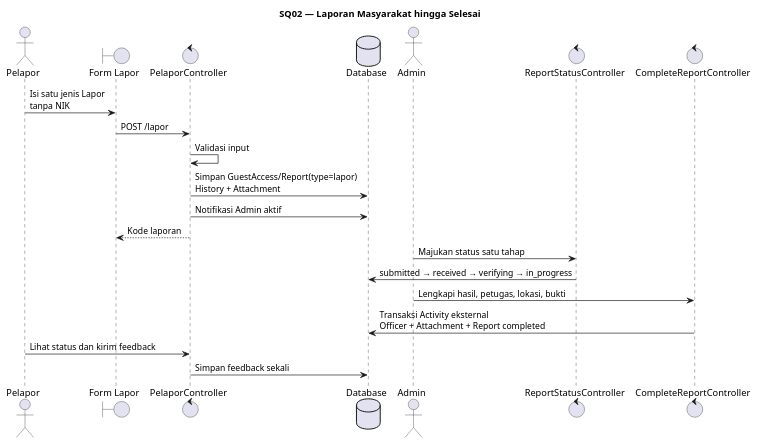
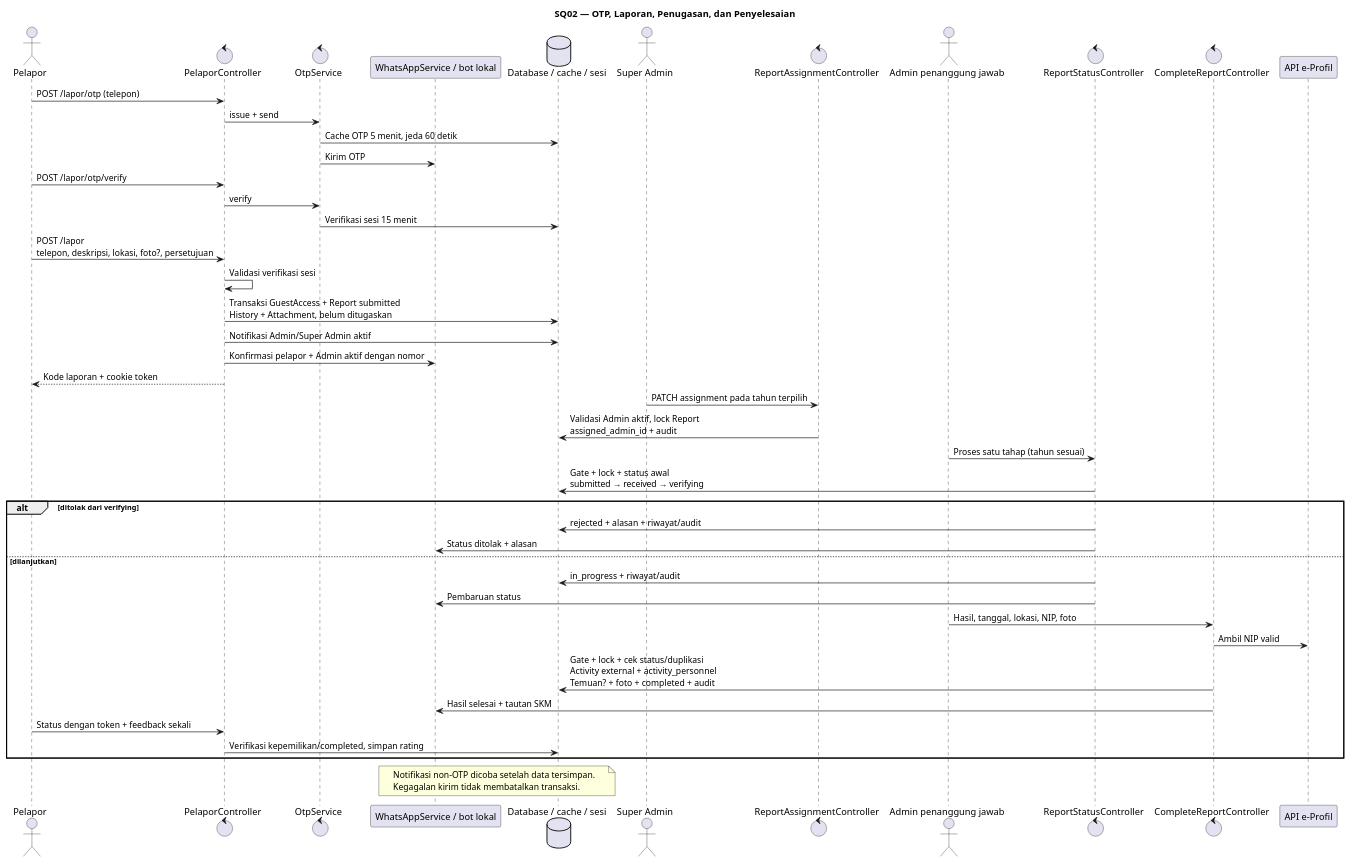
The second of 3 diagrams in docs/SIPRAJA-sequence.puml (Samuel-smr/Satpolpp), drawn with PlantUML before and after one commit. The commit also changed other lines of this file and 17 other files, not shown here.

Commit message:
Perbarui dokumentasi dan diagram SIPRAJA sesuai sistem terkini

```diff
--- a/docs/SIPRAJA-sequence.puml
+++ b/docs/SIPRAJA-sequence.puml
@@ -25,24 +25,48 @@
 @startuml
-title SQ02 — Laporan Masyarakat hingga Selesai
+title SQ02 — OTP, Laporan, Penugasan, dan Penyelesaian
 actor Pelapor
-boundary "Form Lapor" as UI
 control PelaporController as PC
-database Database as DB
-actor Admin
+control OtpService as OTP
+participant "WhatsAppService / bot lokal" as WA
+database "Database / cache / sesi" as DB
+actor "Super Admin" as SA
+control ReportAssignmentController as RAC
+actor "Admin penanggung jawab" as Admin
 control ReportStatusController as RSC
 control CompleteReportController as CRC
-
-Pelapor -> UI : Isi satu jenis Lapor\ntanpa NIK
-UI -> PC : POST /lapor
-PC -> PC : Validasi input
-PC -> DB : Simpan GuestAccess/Report(type=lapor)\nHistory + Attachment
-PC -> DB : Notifikasi Admin aktif
-PC --> UI : Kode laporan
-
-Admin -> RSC : Majukan status satu tahap
-RSC -> DB : submitted → received → verifying → in_progress
-Admin -> CRC : Lengkapi hasil, petugas, lokasi, bukti
-CRC -> DB : Transaksi Activity eksternal\nOfficer + Attachment + Report completed
-Pelapor -> PC : Lihat status dan kirim feedback
-PC -> DB : Simpan feedback sekali
+participant "API e-Profil" as EP
+Pelapor -> PC : POST /lapor/otp (telepon)
+PC -> OTP : issue + send
+OTP -> DB : Cache OTP 5 menit, jeda 60 detik
+OTP -> WA : Kirim OTP
+Pelapor -> PC : POST /lapor/otp/verify
+PC -> OTP : verify
+OTP -> DB : Verifikasi sesi 15 menit
+Pelapor -> PC : POST /lapor\ntelepon, deskripsi, lokasi, foto?, persetujuan
+PC -> PC : Validasi verifikasi sesi
+PC -> DB : Transaksi GuestAccess + Report submitted\nHistory + Attachment, belum ditugaskan
+PC -> DB : Notifikasi Admin/Super Admin aktif
+PC -> WA : Konfirmasi pelapor + Admin aktif dengan nomor
+PC --> Pelapor : Kode laporan + cookie token
+SA -> RAC : PATCH assignment pada tahun terpilih
+RAC -> DB : Validasi Admin aktif, lock Report\nassigned_admin_id + audit
+Admin -> RSC : Proses satu tahap (tahun sesuai)
+RSC -> DB : Gate + lock + status awal\nsubmitted → received → verifying
+alt ditolak dari verifying
+  RSC -> DB : rejected + alasan + riwayat/audit
+  RSC -> WA : Status ditolak + alasan
+else dilanjutkan
+  RSC -> DB : in_progress + riwayat/audit
+  RSC -> WA : Pembaruan status
+  Admin -> CRC : Hasil, tanggal, lokasi, NIP, foto
+  CRC -> EP : Ambil NIP valid
+  CRC -> DB : Gate + lock + cek status/duplikasi\nActivity external + activity_personnel\nTemuan? + foto + completed + audit
+  CRC -> WA : Hasil selesai + tautan SKM
+  Pelapor -> PC : Status dengan token + feedback sekali
+  PC -> DB : Verifikasi kepemilikan/completed, simpan rating
+end
+note over WA,DB
+Notifikasi non-OTP dicoba setelah data tersimpan.
+Kegagalan kirim tidak membatalkan transaksi.
+end note
 @enduml
```
